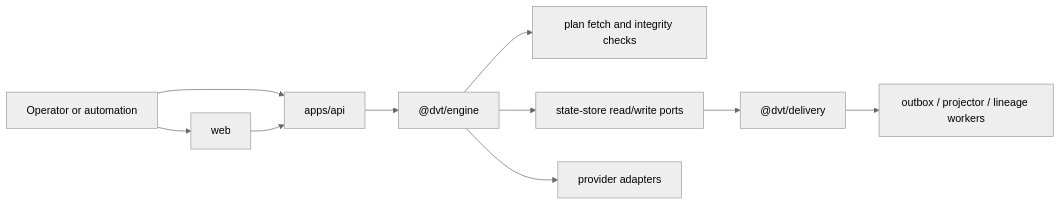
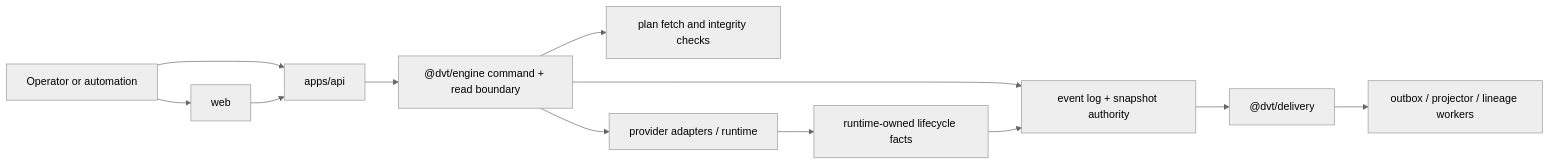
One commit to dunay2/dvt changed the second of 2 diagrams in docs/architecture/system/subsystems/canonical-run-lifecycle/index.md. Above: the diagram before and after it, drawn with Mermaid (neutral theme). The commit also changed other lines of this file and 63 other files, not shown here.

````diff
--- a/docs/architecture/system/subsystems/canonical-run-lifecycle/index.md
+++ b/docs/architecture/system/subsystems/canonical-run-lifecycle/index.md
@@ -39,12 +46,14 @@
 ```mermaid
 flowchart LR
   Caller["Operator or automation"] --> Web["web"]
   Caller --> Api["apps/api"]
   Web --> Api
-  Api --> Engine["@dvt/engine"]
+  Api --> Engine["@dvt/engine command + read boundary"]
   Engine --> Plan["plan fetch and integrity checks"]
-  Engine --> State["state-store read/write ports"]
-  Engine --> Provider["provider adapters"]
+  Engine --> State["event log + snapshot authority"]
+  Engine --> Provider["provider adapters / runtime"]
+  Provider --> Facts["runtime-owned lifecycle facts"]
+  Facts --> State
   State --> Delivery["@dvt/delivery"]
   Delivery --> Workers["outbox / projector / lineage workers"]
 ```
````
